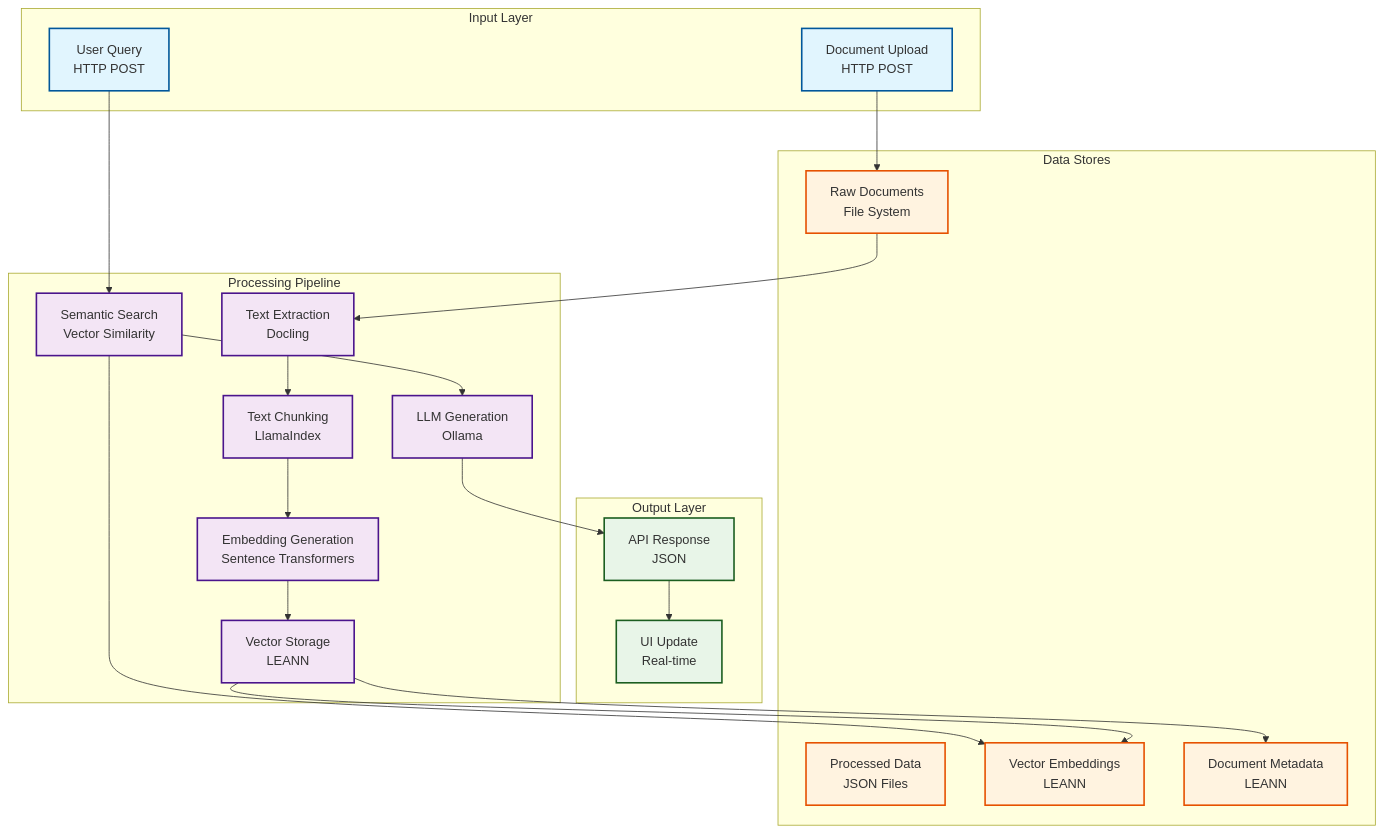
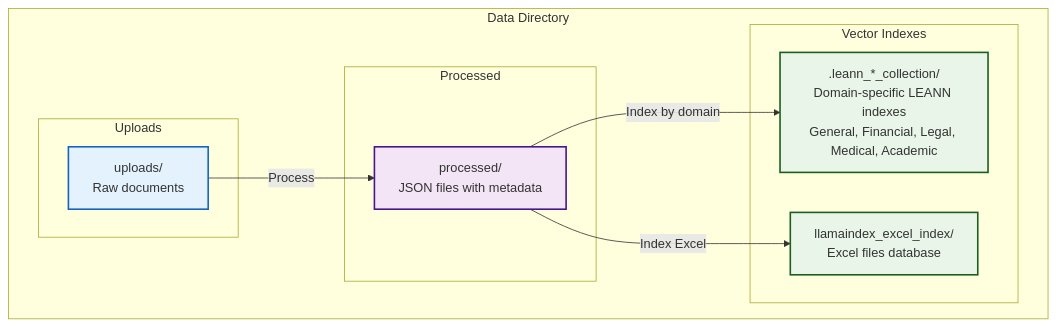
One commit to Mil100057/Myr-Ag-system changed the fifth of 5 diagrams in docs/architecture_diagrams.md. Above: the diagram before and after it, drawn with Mermaid. The commit also changed other lines of this file and 24 other files, not shown here.

````diff
--- a/docs/architecture_diagrams.md
+++ b/docs/architecture_diagrams.md
@@ -249,54 +206,29 @@
 ```mermaid
-graph TD
-    subgraph InputLayer["Input Layer"]
-        UPLOAD["Document Upload<br/>HTTP POST"]
-        QUERY["User Query<br/>HTTP POST"]
+graph TB
+    subgraph DataDir["Data Directory"]
+        subgraph Uploads["Uploads"]
+            UPLOADS["uploads/<br/>Raw documents"]
+        end
+   
+        subgraph Processed["Processed"]
+            PROCESSED["processed/<br/>JSON files with metadata"]
+        end
+   
+        subgraph Indexes["Vector Indexes"]
+            LEANN_INDEXES[".leann_*_collection/<br/>Domain-specific LEANN indexes<br/>General, Financial, Legal, Medical, Academic"]
+            EXCEL_INDEX["llamaindex_excel_index/<br/>Excel files database"]
+        end
     end
     
-    subgraph ProcessingPipeline["Processing Pipeline"]
-        EXTRACT["Text Extraction<br/>Docling"]
-        CHUNK["Text Chunking<br/>LlamaIndex"]
-        EMBED["Embedding Generation<br/>Sentence Transformers"]
-        STORE["Vector Storage<br/>LEANN"]
-        SEARCH["Semantic Search<br/>Vector Similarity"]
-        GENERATE["LLM Generation<br/>Ollama"]
-    end
+    UPLOADS -->|"Process"| PROCESSED
+    PROCESSED -->|"Index by domain"| LEANN_INDEXES
+    PROCESSED -->|"Index Excel"| EXCEL_INDEX
     
-    subgraph OutputLayer["Output Layer"]
-        RESPONSE["API Response<br/>JSON"]
-        UI_UPDATE["UI Update<br/>Real-time"]
-    end
+    classDef uploads fill:#e3f2fd,stroke:#1565c0,stroke-width:2px
+    classDef processed fill:#f3e5f5,stroke:#4a148c,stroke-width:2px
+    classDef indexes fill:#e8f5e8,stroke:#1b5e20,stroke-width:2px
     
-    subgraph DataStores["Data Stores"]
-        RAW["Raw Documents<br/>File System"]
-        PROCESSED["Processed Data<br/>JSON Files"]
-        VECTORS["Vector Embeddings<br/>LEANN"]
-        METADATA["Document Metadata<br/>LEANN"]
-    end
-    
-    %% Data Flow
-    UPLOAD --> RAW
-    RAW --> EXTRACT
-    EXTRACT --> CHUNK
-    CHUNK --> EMBED
-    EMBED --> STORE
-    STORE --> VECTORS
-    STORE --> METADATA
-    
-    QUERY --> SEARCH
-    SEARCH --> VECTORS
-    SEARCH --> GENERATE
-    GENERATE --> RESPONSE
-    RESPONSE --> UI_UPDATE
-    
-    %% Styling
-    classDef inputLayer fill:#e1f5fe,stroke:#01579b,stroke-width:2px
-    classDef processingLayer fill:#f3e5f5,stroke:#4a148c,stroke-width:2px
-    classDef outputLayer fill:#e8f5e8,stroke:#1b5e20,stroke-width:2px
-    classDef dataLayer fill:#fff3e0,stroke:#e65100,stroke-width:2px
-    
-    class UPLOAD,QUERY inputLayer
-    class EXTRACT,CHUNK,EMBED,STORE,SEARCH,GENERATE processingLayer
-    class RESPONSE,UI_UPDATE outputLayer
-    class RAW,PROCESSED,VECTORS,METADATA dataLayer
+    class UPLOADS uploads
+    class PROCESSED processed
+    class LEANN_INDEXES,EXCEL_INDEX indexes
 ```
````
